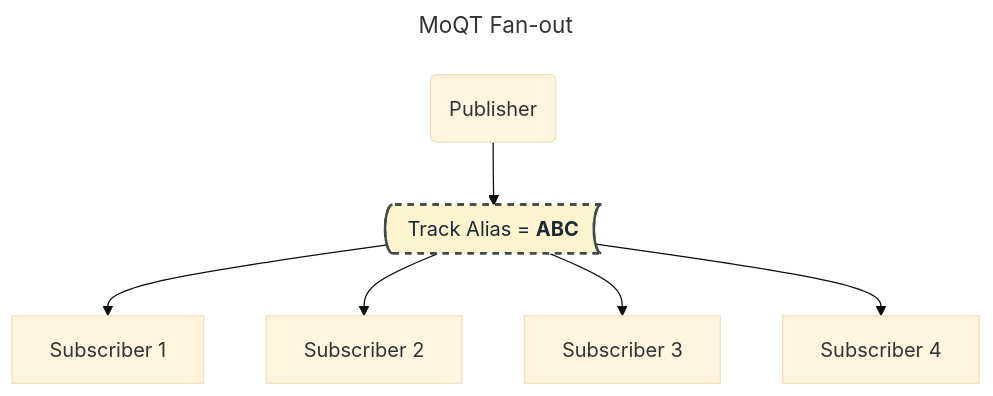
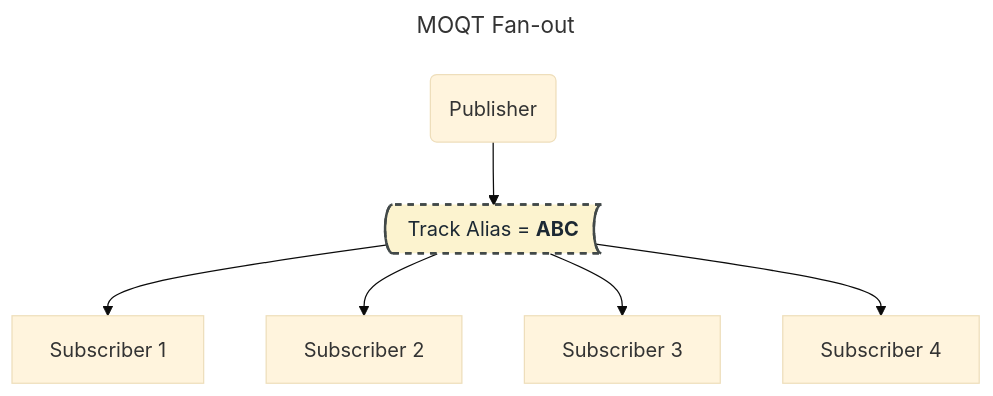
One commit to Quicr/laps changed diagram 11 of 24 in docs/relay-protocol.md. Above: the diagram before and after it, drawn with Mermaid (base theme). The commit also changed other lines of this file, not shown here.

````diff
--- a/docs/relay-protocol.md
+++ b/docs/relay-protocol.md
@@ -602,12 +603,12 @@
 ```mermaid
 ---
-title: MoQT Fan-out
+title: MOQT Fan-out
 ---
 flowchart TD
     P(Publisher) --> TA@{ shape: bow-rect, label: "Track Alias = **ABC**" }
     style TA fill:#FCF3CF,stroke:#424949,stroke-width:2px,color:#1C2833,stroke-dasharray: 5 5
     TA --> S1[Subscriber 1]
     TA --> S2[Subscriber 2]
     TA --> S3[Subscriber 3]
     TA --> S4[Subscriber 4]
 ```
````
